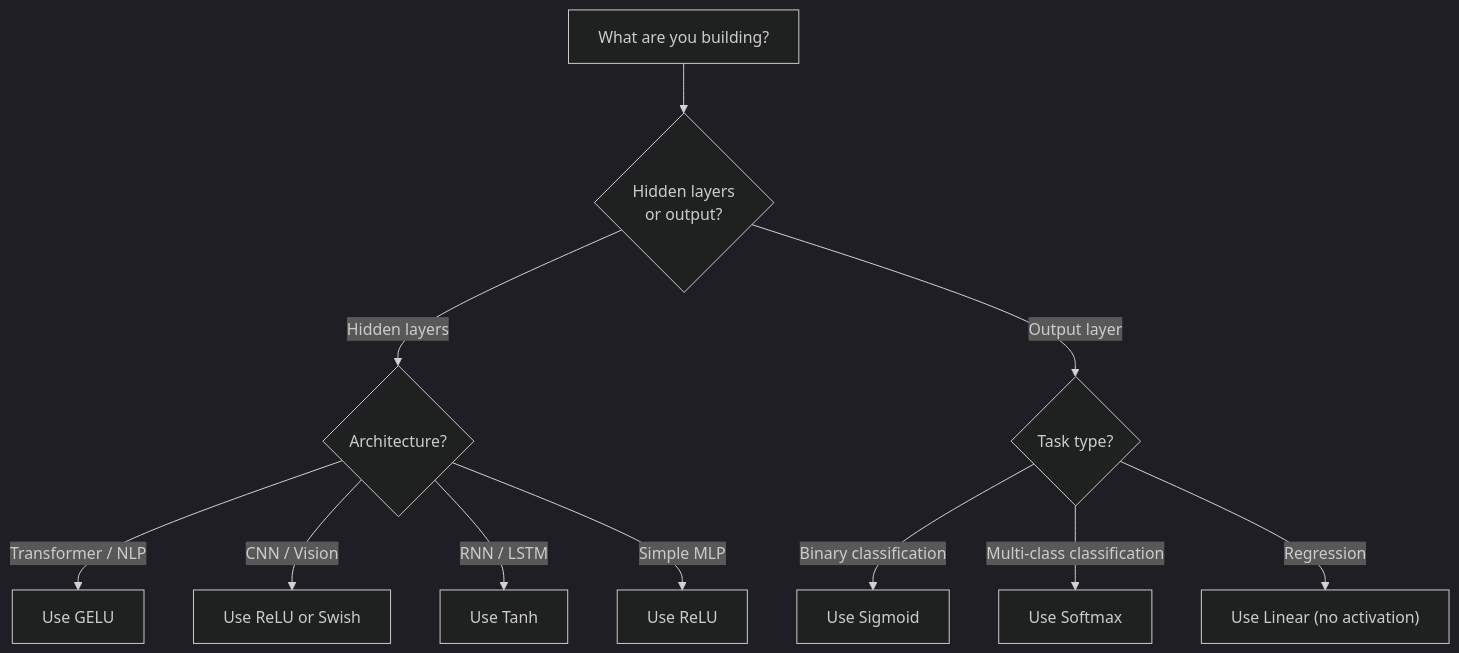
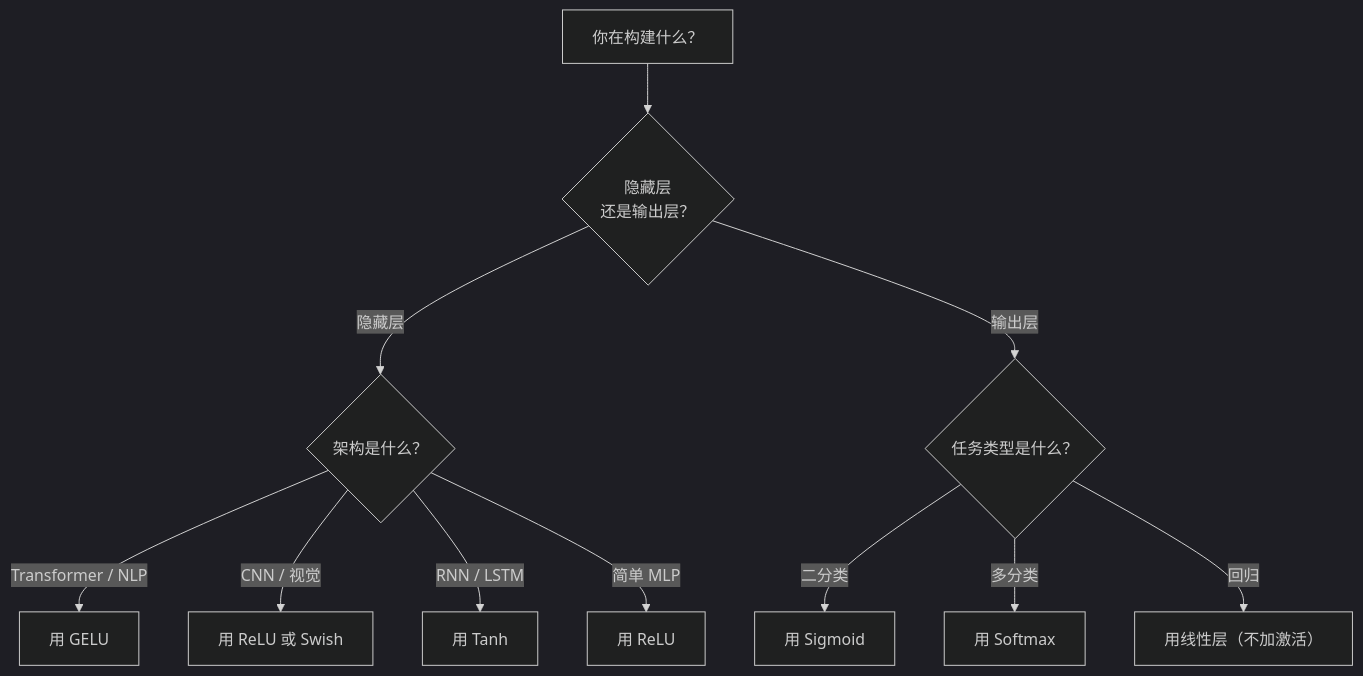
One commit to omigaZen/ai-engineering-from-scratch changed the third of 3 diagrams in phases/03-deep-learning-core/04-activation-functions/docs/zh.md. Above: the diagram before and after it, drawn with Mermaid (dark theme). The commit also changed other lines of this file, not shown here.

Commit message:
feat(phase-03/04): polish activation functions text

````diff
--- a/phases/03-deep-learning-core/04-activation-functions/docs/zh.md
+++ b/phases/03-deep-learning-core/04-activation-functions/docs/zh.md
@@ -201,16 +201,16 @@
 ```mermaid
 flowchart TD
-    Start["What are you building?"] --> Hidden{"Hidden layers<br/>or output?"}
+    Start["你在构建什么？"] --> Hidden{"隐藏层<br/>还是输出层？"}
 
-    Hidden -->|"Hidden layers"| Arch{"Architecture?"}
-    Hidden -->|"Output layer"| Task{"Task type?"}
+    Hidden -->|"隐藏层"| Arch{"架构是什么？"}
+    Hidden -->|"输出层"| Task{"任务类型是什么？"}
 
-    Arch -->|"Transformer / NLP"| GELU["Use GELU"]
-    Arch -->|"CNN / Vision"| ReLU["Use ReLU or Swish"]
-    Arch -->|"RNN / LSTM"| Tanh["Use Tanh"]
-    Arch -->|"Simple MLP"| ReLU2["Use ReLU"]
+    Arch -->|"Transformer / NLP"| GELU["用 GELU"]
+    Arch -->|"CNN / 视觉"| ReLU["用 ReLU 或 Swish"]
+    Arch -->|"RNN / LSTM"| Tanh["用 Tanh"]
+    Arch -->|"简单 MLP"| ReLU2["用 ReLU"]
 
-    Task -->|"Binary classification"| Sigmoid["Use Sigmoid"]
-    Task -->|"Multi-class classification"| Softmax["Use Softmax"]
-    Task -->|"Regression"| Linear["Use Linear (no activation)"]
+    Task -->|"二分类"| Sigmoid["用 Sigmoid"]
+    Task -->|"多分类"| Softmax["用 Softmax"]
+    Task -->|"回归"| Linear["用线性层（不加激活）"]
 ```
````
